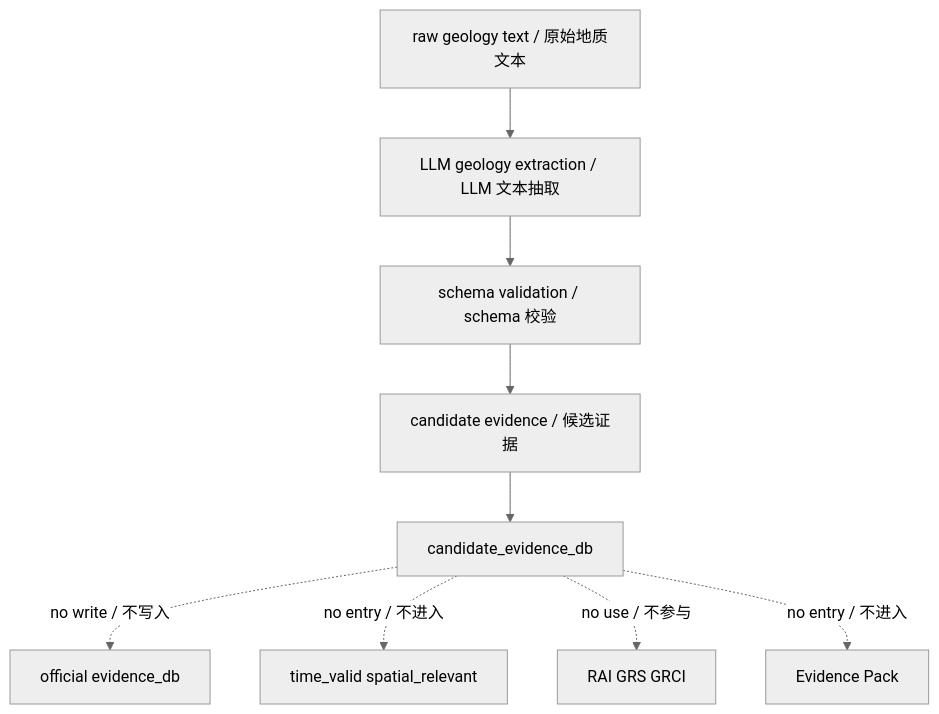
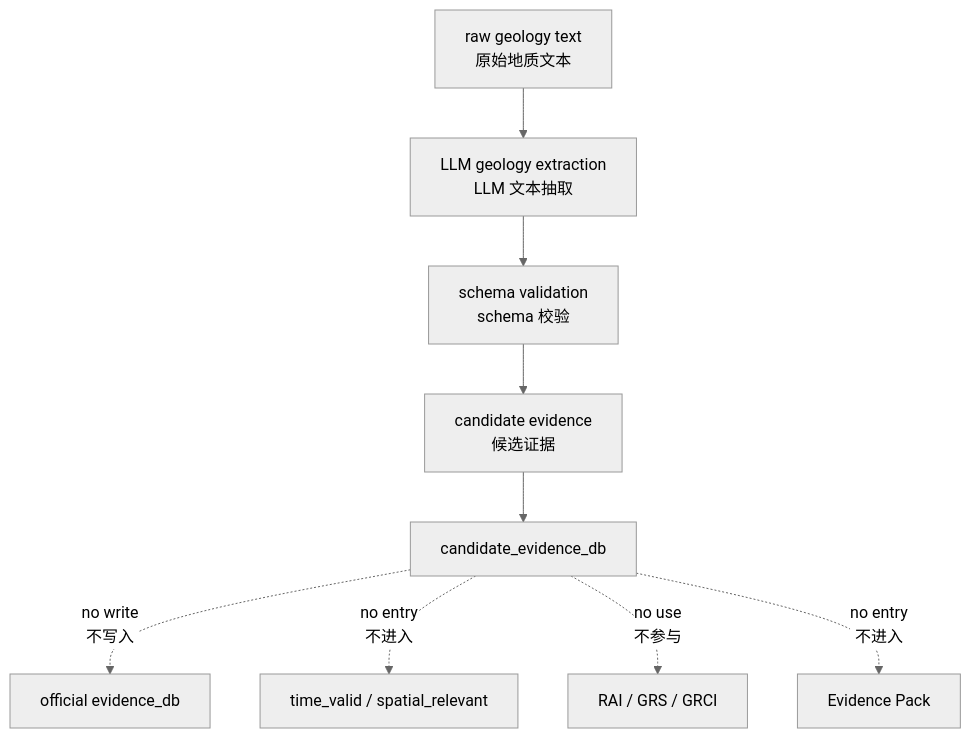
The fifth of 5 diagrams in backend/docs/system_architecture.md (xiaodazhao/tbm-report), drawn with Mermaid (neutral theme) before and after one commit. The commit also changed other lines of this file and 1 other file, not shown here.

Commit message:
Fix Mermaid diagrams for GitHub rendering

````diff
--- a/backend/docs/system_architecture.md
+++ b/backend/docs/system_architecture.md
@@ -138,12 +138,12 @@
 ```mermaid
 flowchart TD
-    A[raw geology text / 原始地质文本] --> B[LLM geology extraction / LLM 文本抽取]
-    B --> C[schema validation / schema 校验]
-    C --> D[candidate evidence / 候选证据]
-    D --> E[candidate_evidence_db]
+    raw_text["raw geology text<br/>原始地质文本"] --> llm_extract["LLM geology extraction<br/>LLM 文本抽取"]
+    llm_extract --> schema_check["schema validation<br/>schema 校验"]
+    schema_check --> candidate["candidate evidence<br/>候选证据"]
+    candidate --> candidate_db["candidate_evidence_db"]
 
-    E -. no write / 不写入 .-> F[official evidence_db]
-    E -. no entry / 不进入 .-> G[time_valid spatial_relevant]
-    E -. no use / 不参与 .-> H[RAI GRS GRCI]
-    E -. no entry / 不进入 .-> I[Evidence Pack]
+    candidate_db -. "no write<br/>不写入" .-> evdb["official evidence_db"]
+    candidate_db -. "no entry<br/>不进入" .-> scope_gate["time_valid / spatial_relevant"]
+    candidate_db -. "no use<br/>不参与" .-> metrics["RAI / GRS / GRCI"]
+    candidate_db -. "no entry<br/>不进入" .-> pack["Evidence Pack"]
 ```
````
